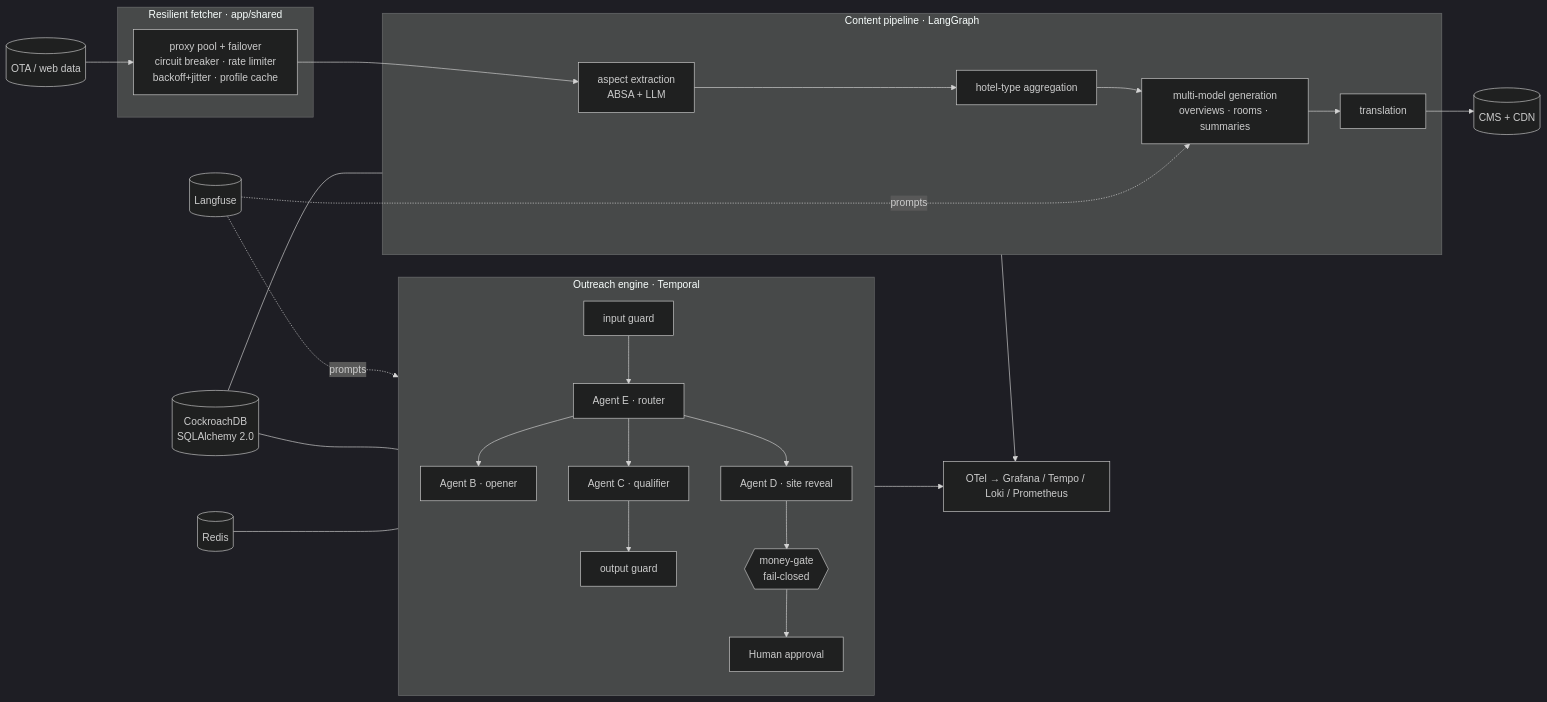
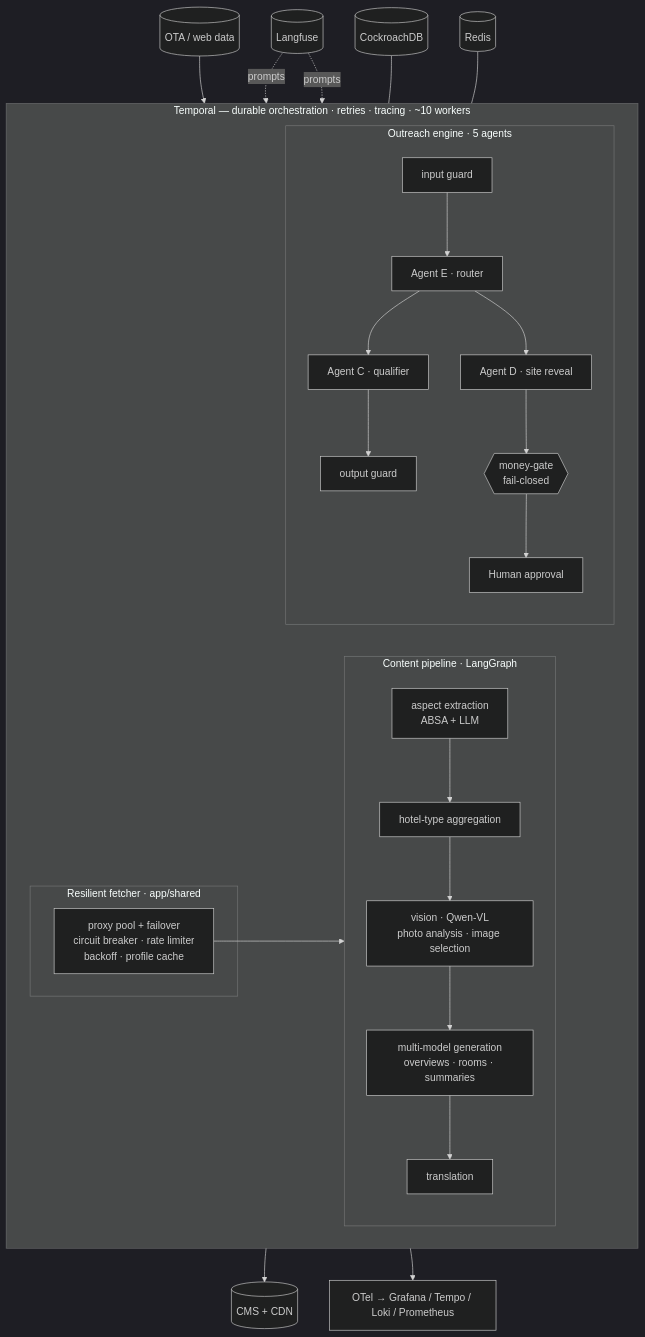
The second of 4 diagrams in docs/architecture/ARCHITECTURE.md (baranlanka/et-hotel-ai-showcase), drawn with Mermaid (dark theme) before and after one commit. The commit also changed other lines of this file and 4 other files, not shown here.

First line of the commit message:
docs: Temporal as platform-wide backbone + restore vision/image stage

````diff
--- a/docs/architecture/ARCHITECTURE.md
+++ b/docs/architecture/ARCHITECTURE.md
@@ -35,29 +35,33 @@
 ```mermaid
-flowchart LR
+flowchart TB
     OTA[(OTA / web data)] --> F
-    subgraph fetch[Resilient fetcher · app/shared]
-      F[proxy pool + failover<br/>circuit breaker · rate limiter<br/>backoff+jitter · profile cache]
+    subgraph temporal[Temporal — durable orchestration · retries · tracing · ~10 workers]
+      direction LR
+      subgraph fetch[Resilient fetcher · app/shared]
+        F[proxy pool + failover<br/>circuit breaker · rate limiter<br/>backoff · profile cache]
+      end
+      subgraph pipeline[Content pipeline · LangGraph]
+        direction TB
+        A[aspect extraction<br/>ABSA + LLM] --> AGG[hotel-type aggregation]
+        AGG --> V[vision · Qwen-VL<br/>photo analysis · image selection]
+        V --> G[multi-model generation<br/>overviews · rooms · summaries]
+        G --> T[translation]
+      end
+      subgraph agents[Outreach engine · 5 agents]
+        direction TB
+        IG[input guard] --> R[Agent E · router]
+        R --> C[Agent C · qualifier]
+        R --> D[Agent D · site reveal]
+        C --> OG[output guard]
+        D --> MG{{money-gate<br/>fail-closed}}
+        MG --> ops[Human approval]
+      end
+      F --> A
     end
-    subgraph pipeline[Content pipeline · LangGraph]
-      A[aspect extraction<br/>ABSA + LLM] --> AGG[hotel-type aggregation] --> G[multi-model generation<br/>overviews · rooms · summaries] --> T[translation]
-    end
-    subgraph agents[Outreach engine · Temporal]
-      direction TB
-      IG[input guard] --> R[Agent E · router]
-      R --> B[Agent B · opener]
-      R --> C[Agent C · qualifier]
-      R --> D[Agent D · site reveal]
-      C --> OG[output guard]
-      D --> MG{{money-gate<br/>fail-closed}}
-      MG --> ops[Human approval]
-    end
-    F --> A
     T --> CMS[(CMS + CDN)]
     LF[(Langfuse)] -. prompts .-> G
     LF -. prompts .-> R
-    DB[(CockroachDB<br/>SQLAlchemy 2.0)] --- pipeline
-    DB --- agents
-    RD[(Redis)] --- agents
-    pipeline --> OBS[OTel → Grafana / Tempo / Loki / Prometheus]
-    agents --> OBS
+    DB[(CockroachDB)] --- temporal
+    RD[(Redis)] --- temporal
+    temporal --> OBS[OTel → Grafana / Tempo / Loki / Prometheus]
 ```
````
